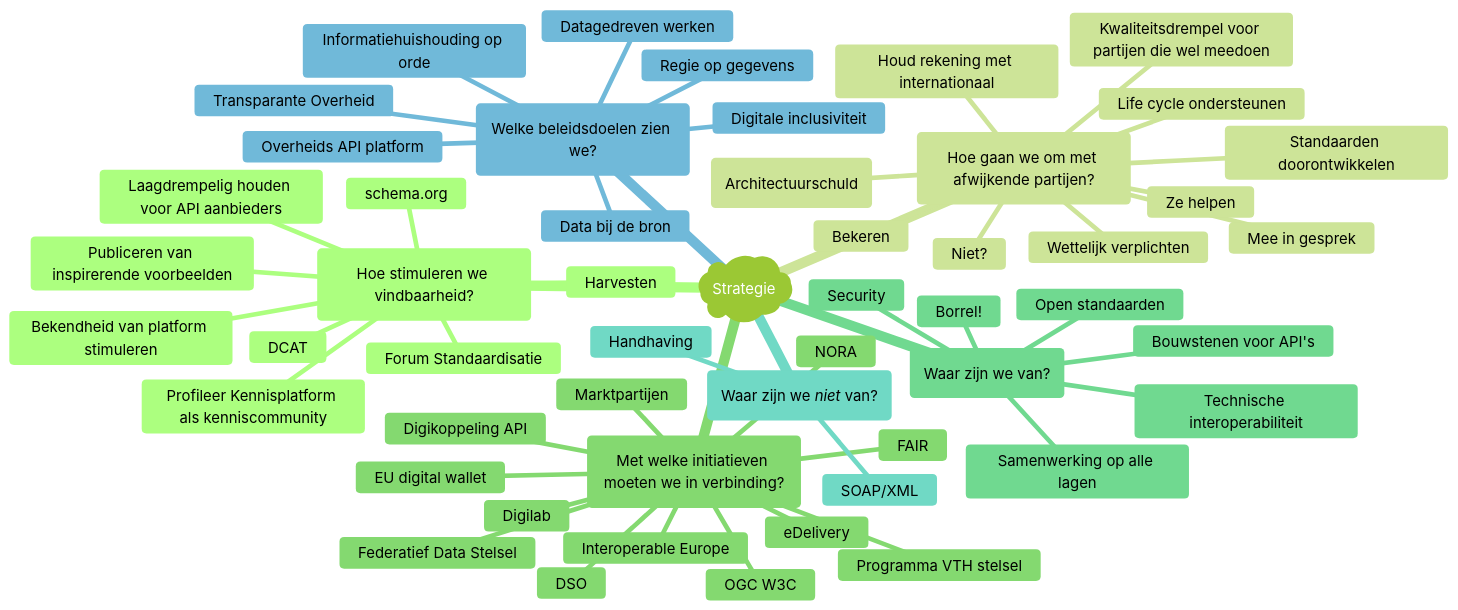
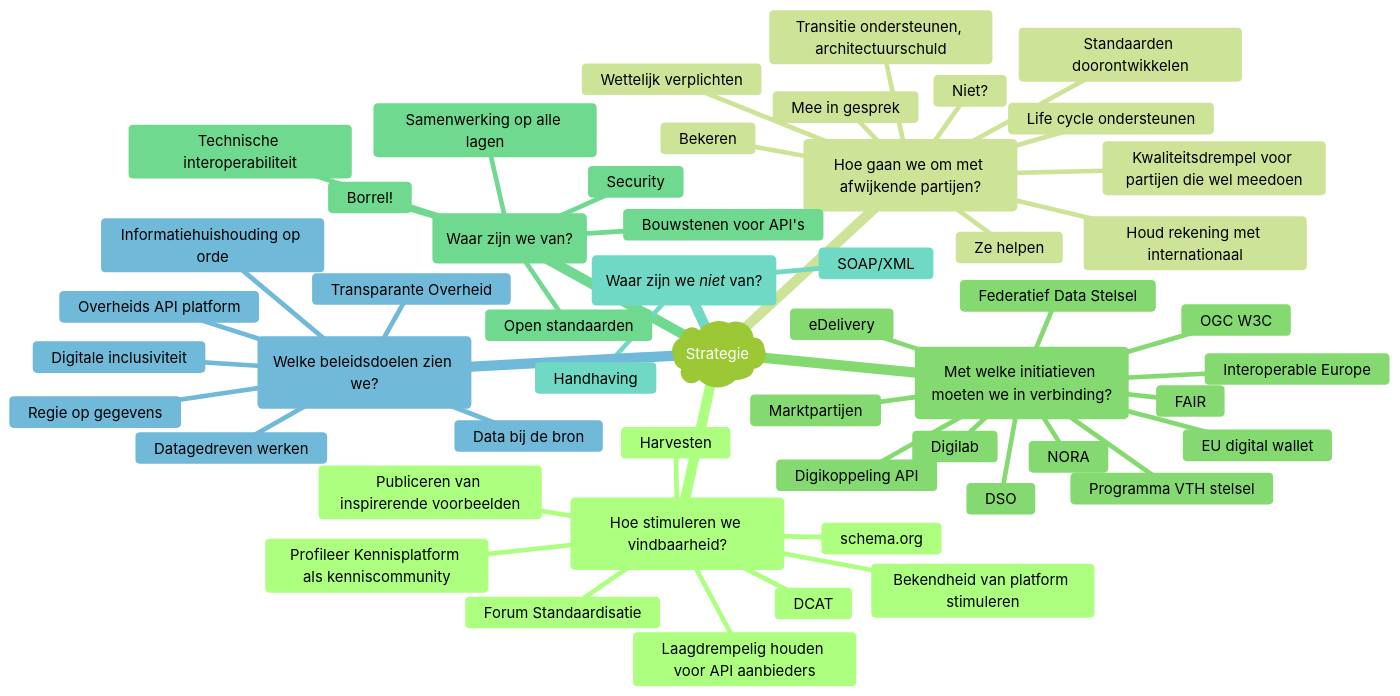
Before and after one commit to Geonovum/KP-APIs: the diagram in overleggen/Werkgroep API strategie en beleid/Gebruikerswensen/mindmap.md, drawn with Mermaid (forest theme).

Commit message:
Update mindmap.md
Kleine correctie. Geen haakjes gebruiken in labels want die interpreteert mermaid als instructie.

````diff
--- a/overleggen/Werkgroep API strategie en beleid/Gebruikerswensen/mindmap.md
+++ b/overleggen/Werkgroep API strategie en beleid/Gebruikerswensen/mindmap.md
@@ -4,55 +4,55 @@
 ```mermaid
 mindmap
   root)Strategie(
     (Hoe stimuleren we vindbaarheid?)
       Bekendheid van platform stimuleren
       DCAT
       Forum Standaardisatie
       Harvesten
       Laagdrempelig houden voor API aanbieders
       Profileer Kennisplatform als kenniscommunity
       Publiceren van inspirerende voorbeelden
       schema.org
     (Hoe gaan we om met afwijkende partijen?)
       Bekeren
       Houd rekening met internationaal
       Kwaliteitsdrempel voor partijen die wel meedoen
       Life cycle ondersteunen
       Mee in gesprek
       Niet?
       Standaarden doorontwikkelen
-      Transitie ondersteunen (Architectuurschuld)
+      Transitie ondersteunen, architectuurschuld
       Wettelijk verplichten
       Ze helpen
     (Met welke initiatieven moeten we in verbinding?)
       DSO
       Digilab
       Digikoppeling API
       eDelivery
       EU digital wallet
       FAIR
       Federatief Data Stelsel
       Interoperable Europe
       Marktpartijen
       NORA
       OGC W3C
       Programma VTH stelsel
     (Waar zijn we van?)
       Borrel!
       Bouwstenen voor API's
       Open standaarden
       Technische interoperabiliteit
       Samenwerking op alle lagen
       Security
     (Waar zijn we *niet* van?)
       SOAP/XML
       Handhaving
     (Welke beleidsdoelen zien we?)
       Data bij de bron
       Datagedreven werken
       Digitale inclusiviteit
       Informatiehuishouding op orde
       Overheids API platform
       Regie op gegevens
       Transparante Overheid
 ```
````
